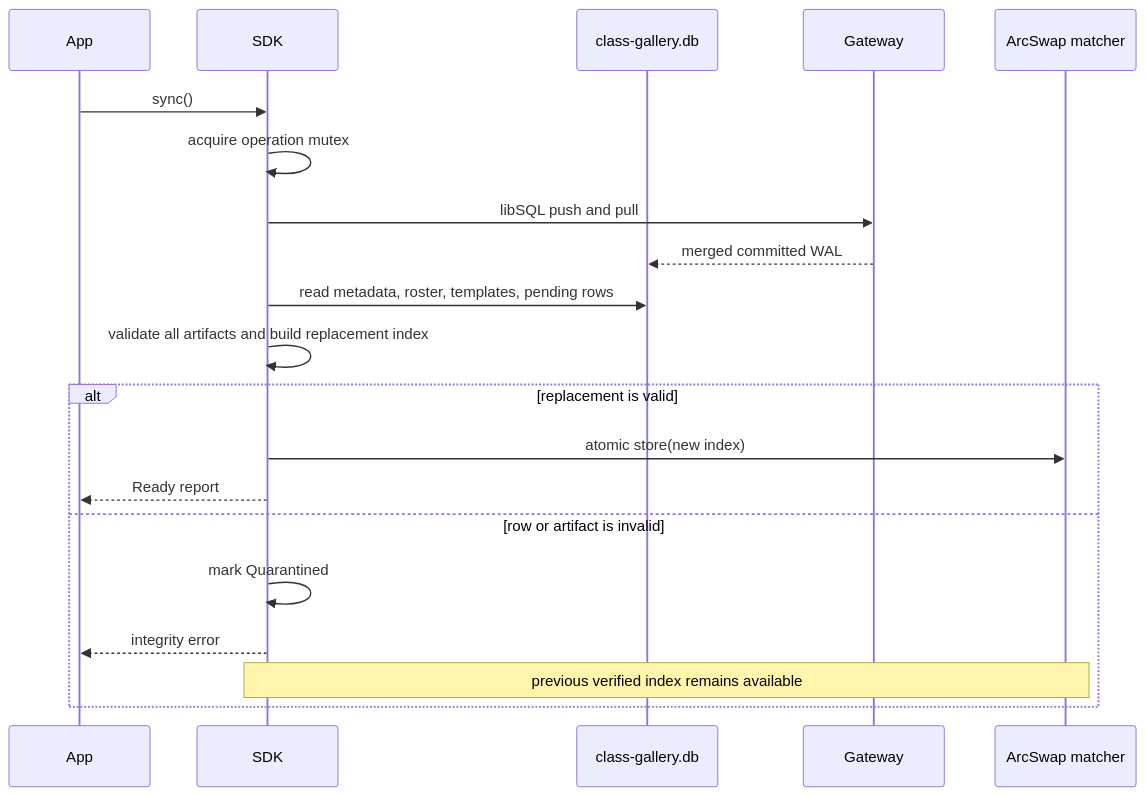
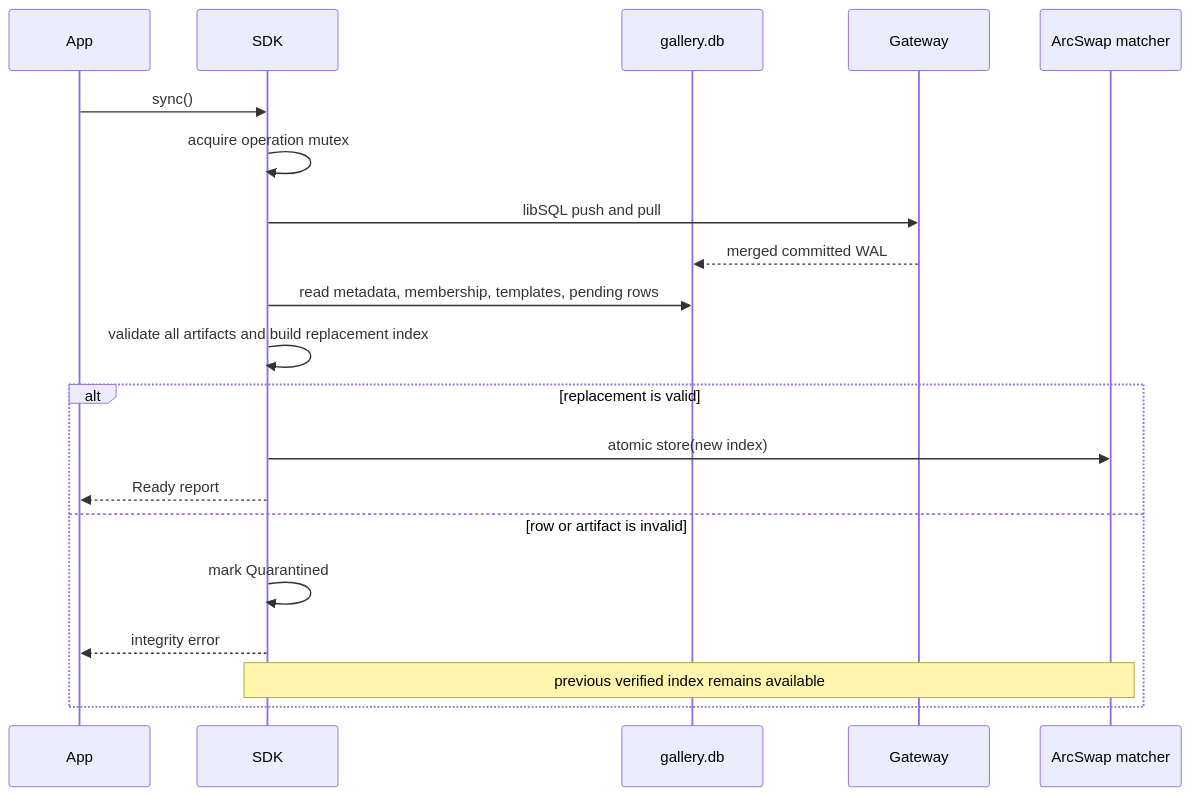
The third of 4 diagrams in feature/biometrics/verification/src/commonMain/rust/docs/sdk-architecture.md (DataInfosec/tanda), drawn with Mermaid before and after one commit. The commit also changed other lines of this file and 24 other files, not shown here.

````diff
--- a/feature/biometrics/verification/src/commonMain/rust/docs/sdk-architecture.md
+++ b/feature/biometrics/verification/src/commonMain/rust/docs/sdk-architecture.md
@@ -122,23 +128,23 @@
 ```mermaid
 sequenceDiagram
     participant App
     participant SDK
-    participant Replica as class-gallery.db
+    participant Replica as gallery.db
     participant Gateway
     participant Matcher as ArcSwap matcher
 
     App->>SDK: sync()
     SDK->>SDK: acquire operation mutex
     SDK->>Gateway: libSQL push and pull
     Gateway-->>Replica: merged committed WAL
-    SDK->>Replica: read metadata, roster, templates, pending rows
+    SDK->>Replica: read metadata, membership, templates, pending rows
     SDK->>SDK: validate all artifacts and build replacement index
     alt replacement is valid
         SDK->>Matcher: atomic store(new index)
         SDK-->>App: Ready report
     else row or artifact is invalid
         SDK->>SDK: mark Quarantined
         SDK-->>App: integrity error
         Note over SDK,Matcher: previous verified index remains available
     end
 ```
````
